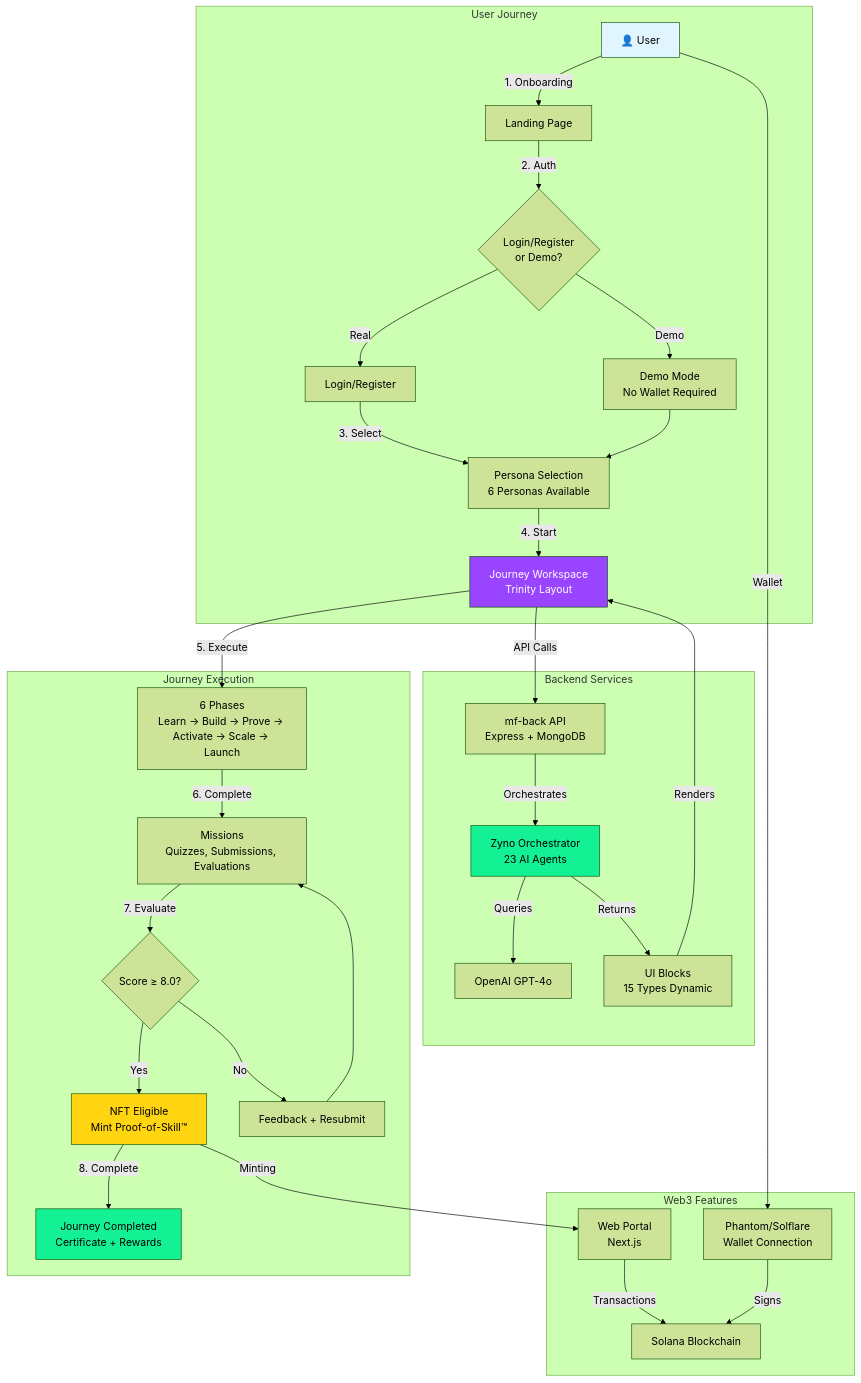
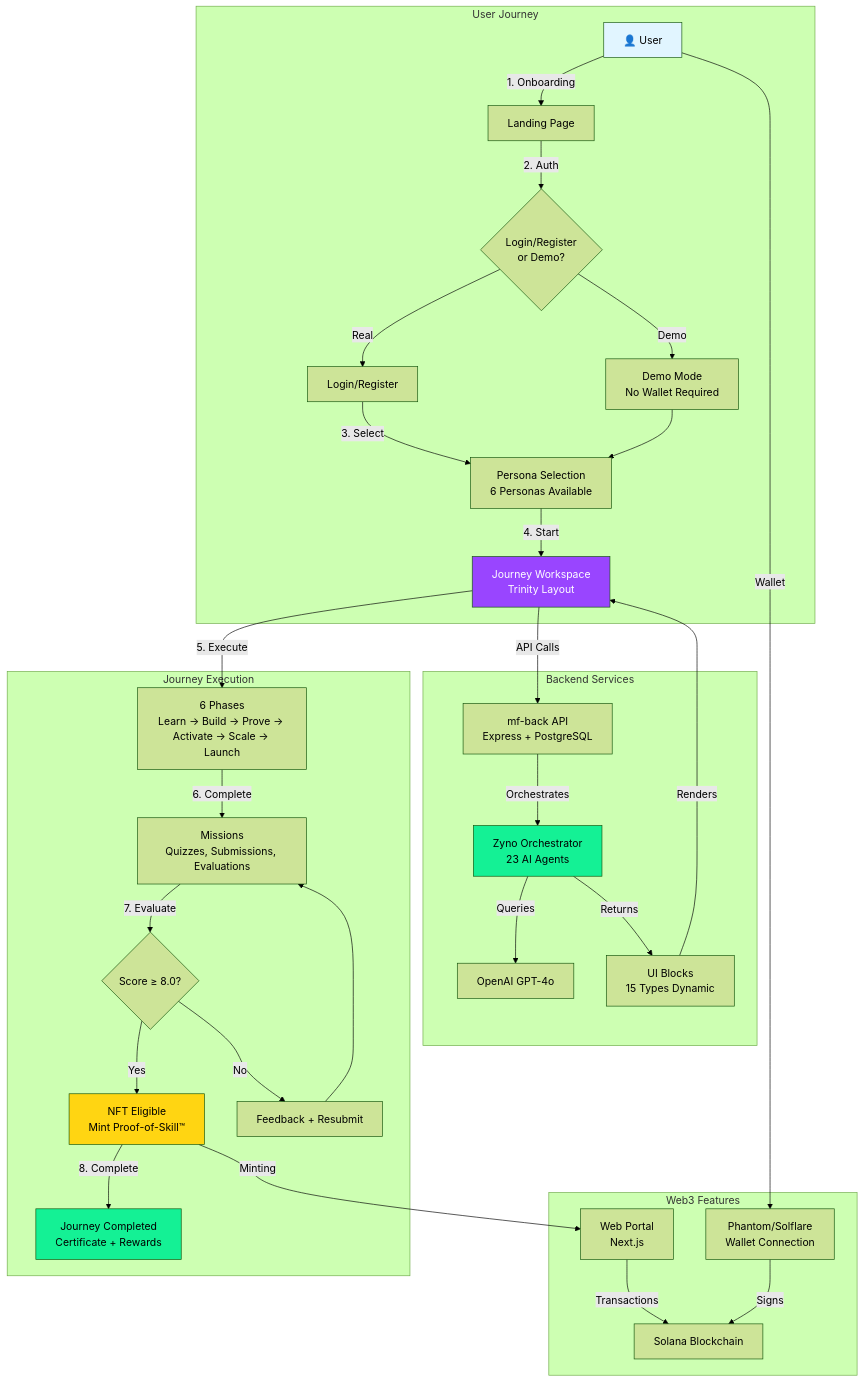
The first of 23 diagrams in docs/ui-ux/UI_UX_DIAGRAMS.md (cyranoaladin/journey-simulator), drawn with Mermaid (forest theme) before and after one commit. The commit also changed other lines of this file and 753 other files, not shown here.

````diff
--- a/docs/ui-ux/UI_UX_DIAGRAMS.md
+++ b/docs/ui-ux/UI_UX_DIAGRAMS.md
@@ -33,44 +33,44 @@
 ```mermaid
 graph TB
     subgraph "User Journey"
         U[👤 User]
         U -->|1. Onboarding| L[Landing Page]
         L -->|2. Auth| AUTH{Login/Register<br/>or Demo?}
         AUTH -->|Real| LOGIN[Login/Register]
         AUTH -->|Demo| DEMO[Demo Mode<br/>No Wallet Required]
         LOGIN -->|3. Select| PERSONA[Persona Selection<br/>6 Personas Available]
         DEMO --> PERSONA
         PERSONA -->|4. Start| JOURNEY[Journey Workspace<br/>Trinity Layout]
     end
 
     subgraph "Journey Execution"
         JOURNEY -->|5. Execute| PHASES[6 Phases<br/>Learn → Build → Prove → Activate → Scale → Launch]
         PHASES -->|6. Complete| MISSIONS[Missions<br/>Quizzes, Submissions, Evaluations]
         MISSIONS -->|7. Evaluate| SCORE{Score ≥ 8.0?}
         SCORE -->|Yes| NFT[NFT Eligible<br/>Mint Proof-of-Skill™]
         SCORE -->|No| FEEDBACK[Feedback + Resubmit]
         FEEDBACK --> MISSIONS
         NFT -->|8. Complete| COMPLETE[Journey Completed<br/>Certificate + Rewards]
     end
 
     subgraph "Backend Services"
-        JOURNEY -->|API Calls| API[mf-back API<br/>Express + MongoDB]
+        JOURNEY -->|API Calls| API[mf-back API<br/>Express + PostgreSQL]
         API -->|Orchestrates| ZYNO[Zyno Orchestrator<br/>23 AI Agents]
         ZYNO -->|Queries| OPENAI[OpenAI GPT-4o]
         ZYNO -->|Returns| BLOCKS[UI Blocks<br/>15 Types Dynamic]
         BLOCKS -->|Renders| JOURNEY
     end
 
     subgraph "Web3 Features"
         NFT -->|Minting| WEB[Web Portal<br/>Next.js]
         WEB -->|Transactions| SOLANA[Solana Blockchain]
         U -->|Wallet| WALLET[Phantom/Solflare<br/>Wallet Connection]
         WALLET -->|Signs| SOLANA
     end
 
     style U fill:#e1f5ff
     style JOURNEY fill:#9945ff,color:#fff
     style ZYNO fill:#14f195,color:#000
     style NFT fill:#ffd512,color:#000
     style COMPLETE fill:#14f195,color:#000
 ```
````
